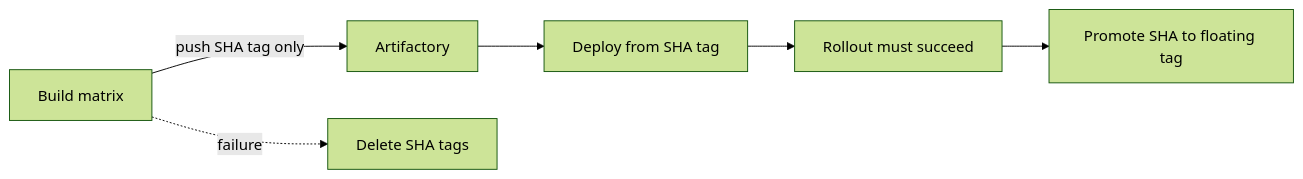
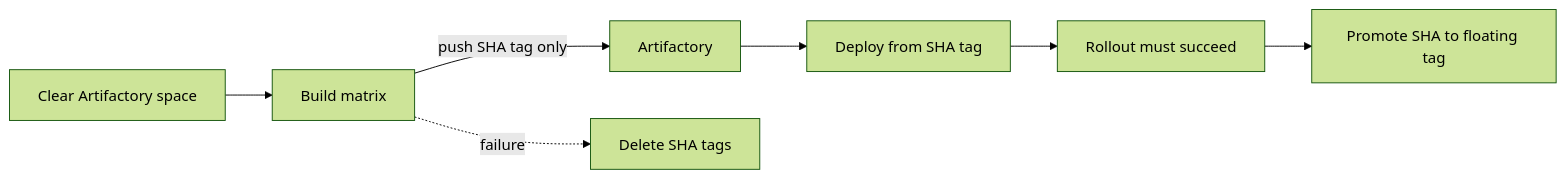
Before and after one commit to bcgov/ai-adoption-document-intelligence: the diagram in docs-md/operations/AUTO_DEPLOY.md, drawn with Mermaid (forest theme). The commit also changed other lines of this file and 4 other files, not shown here.

````diff
--- a/docs-md/operations/AUTO_DEPLOY.md
+++ b/docs-md/operations/AUTO_DEPLOY.md
@@ -43,8 +44,9 @@
 ```mermaid
 flowchart LR
+  PreClean[Clear Artifactory space] --> Build
   Build[Build matrix] -->|"push SHA tag only"| Artifactory
   Artifactory --> Deploy[Deploy from SHA tag]
   Deploy --> Rollout[Rollout must succeed]
   Rollout --> Promote[Promote SHA to floating tag]
   Build -.->|failure| Cleanup[Delete SHA tags]
 ```
````
